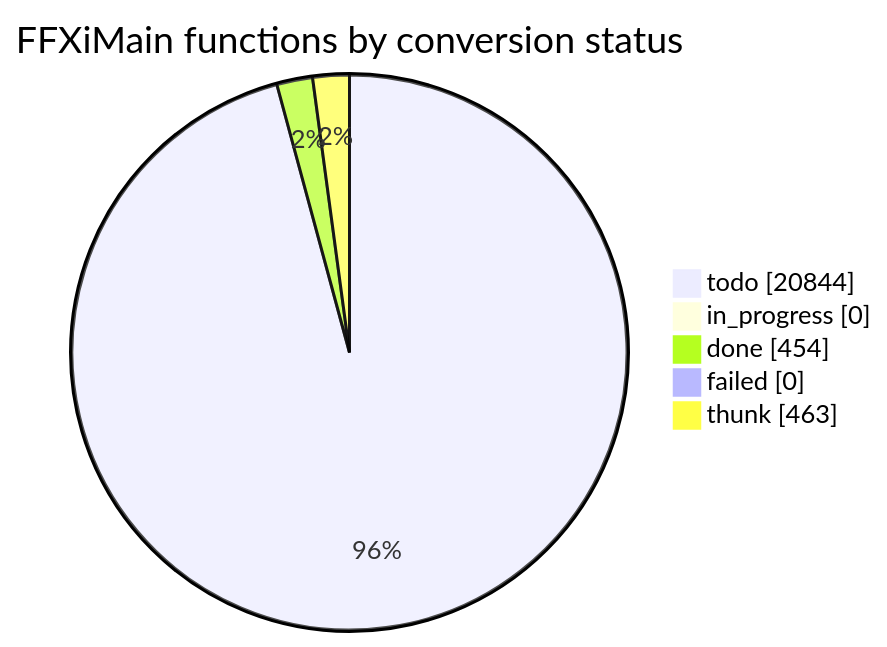
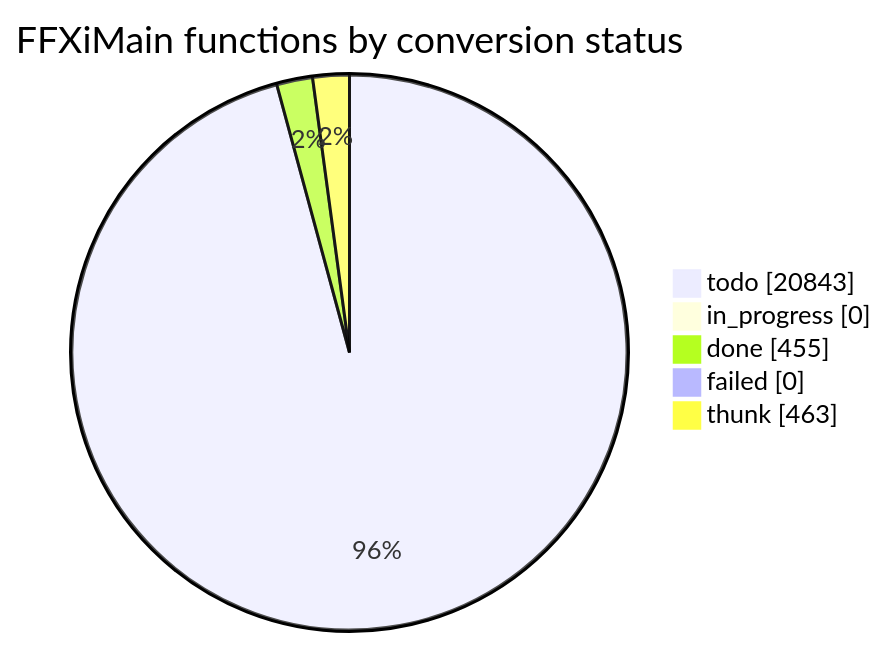
Before and after one commit to cowrevenge/cow_kuluu_xi_anything: the diagram in docs/cow/STATUS.md, drawn with Mermaid. The commit also changed other lines of this file and 9 other files, not shown here.

````diff
--- a/docs/cow/STATUS.md
+++ b/docs/cow/STATUS.md
@@ -18,9 +18,9 @@
 ```mermaid
 pie showData
     title FFXiMain functions by conversion status
-    "todo" : 20844
+    "todo" : 20843
     "in_progress" : 0
-    "done" : 454
+    "done" : 455
     "failed" : 0
     "thunk" : 463
 ```
````
